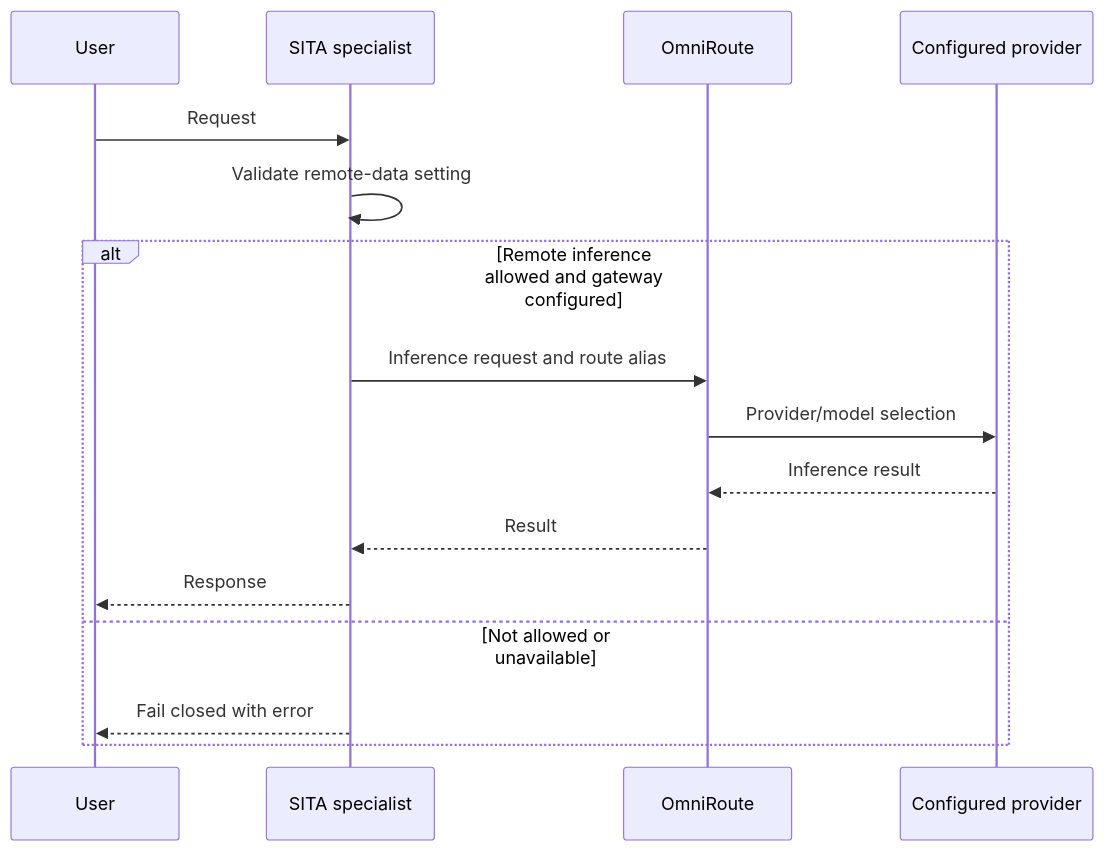
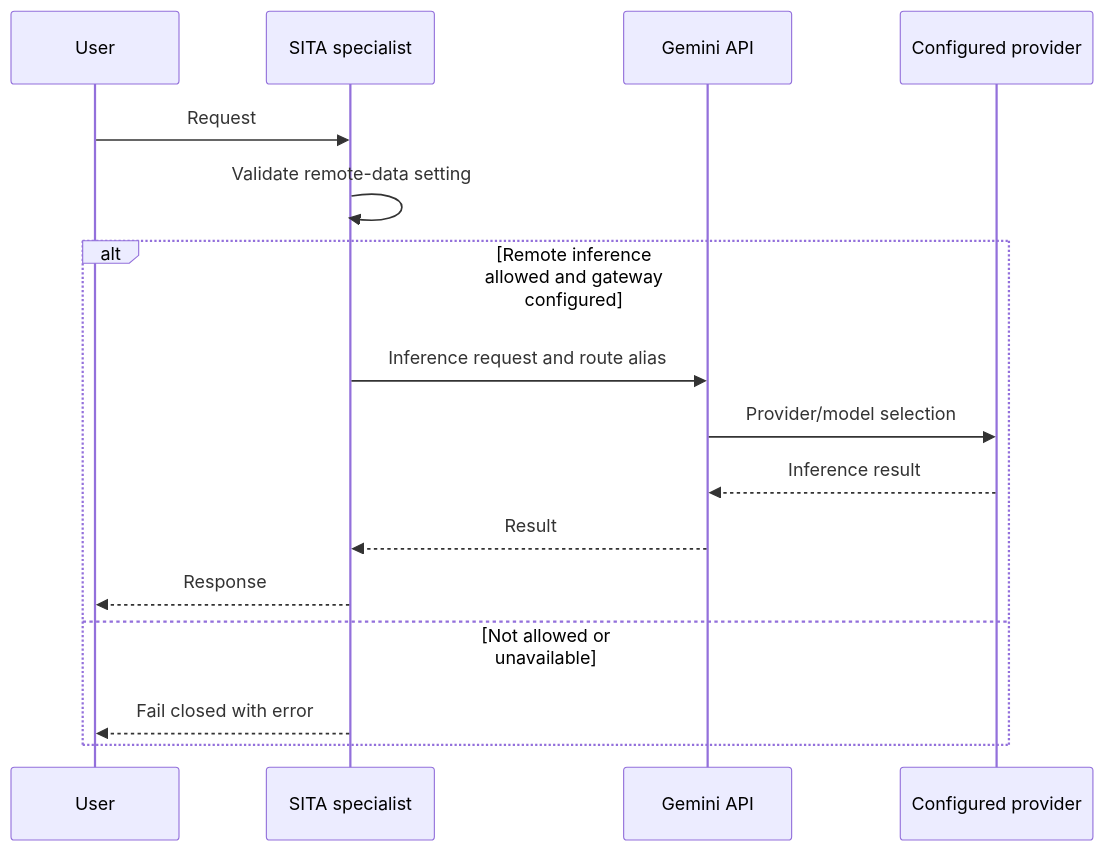
Before and after one commit to deathkernel/SITA: the third of 12 diagrams in README.md, drawn with Mermaid. The commit also changed other lines of this file, not shown here.

Commit message:
Update README model provider references to Gemini

````diff
--- a/README.md
+++ b/README.md
@@ -365,18 +365,18 @@
 ```mermaid
 sequenceDiagram
   participant U as User
   participant T as SITA specialist
-  participant O as OmniRoute
+  participant O as Gemini API
   participant P as Configured provider
   U->>T: Request
   T->>T: Validate remote-data setting
   alt Remote inference allowed and gateway configured
     T->>O: Inference request and route alias
     O->>P: Provider/model selection
     P-->>O: Inference result
     O-->>T: Result
     T-->>U: Response
   else Not allowed or unavailable
     T-->>U: Fail closed with error
   end
 ```
````
